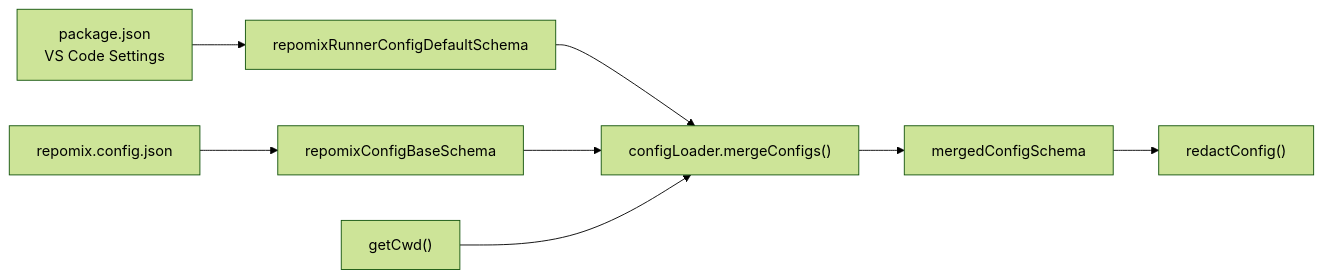
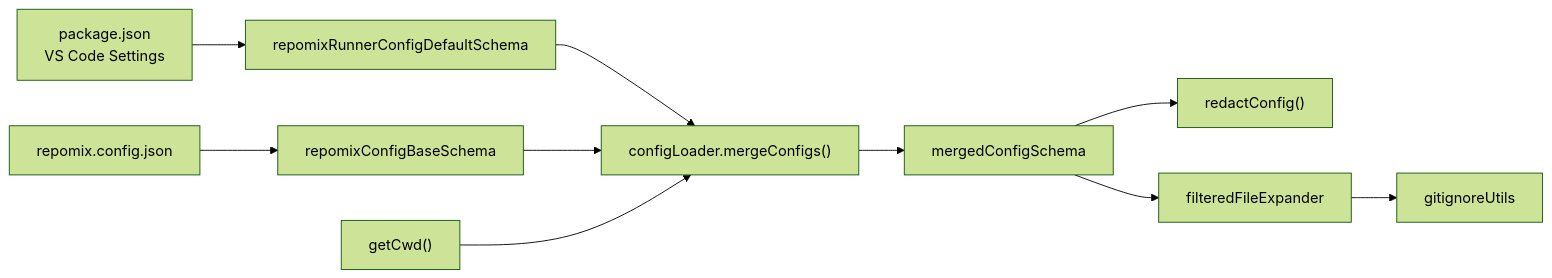
Before and after one commit to bramburn/repomix-runner: the sixth of 6 diagrams in .qoder/repowiki/en/content/Configuration Management/Configuration Schema and Validation.md, drawn with Mermaid (forest theme). The commit also changed other lines of this file and 41 other files, not shown here.

````diff
--- a/.qoder/repowiki/en/content/Configuration Management/Configuration Schema and Validation.md
+++ b/.qoder/repowiki/en/content/Configuration Management/Configuration Schema and Validation.md
@@ -370,10 +429,12 @@
 ```mermaid
 graph LR
 P["package.json<br/>VS Code Settings"] --> R["repomixRunnerConfigDefaultSchema"]
 F["repomix.config.json"] --> B["repomixConfigBaseSchema"]
 R --> L["configLoader.mergeConfigs()"]
 B --> L
 L --> M["mergedConfigSchema"]
 C["getCwd()"] --> L
 M --> S["redactConfig()"]
+M --> FE["filteredFileExpander"]
+FE --> GFU["gitignoreUtils"]
 ```
````
